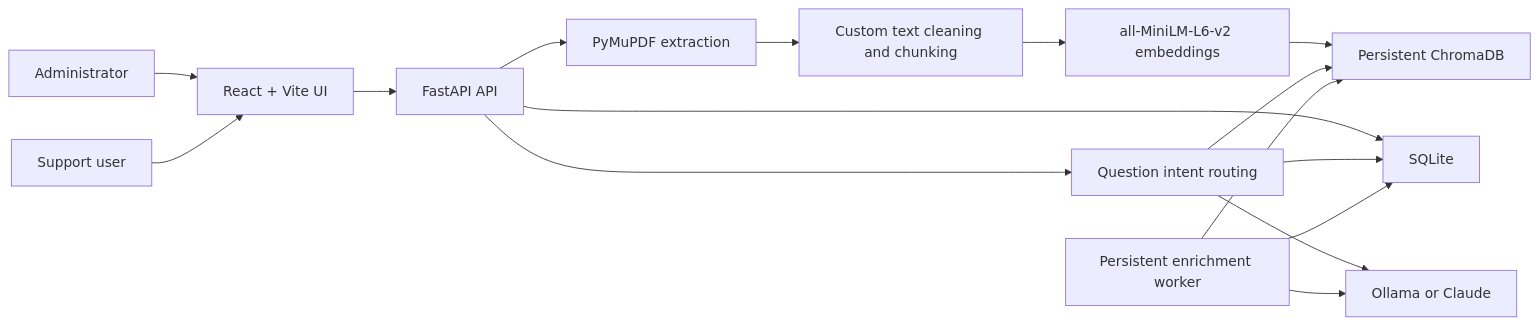
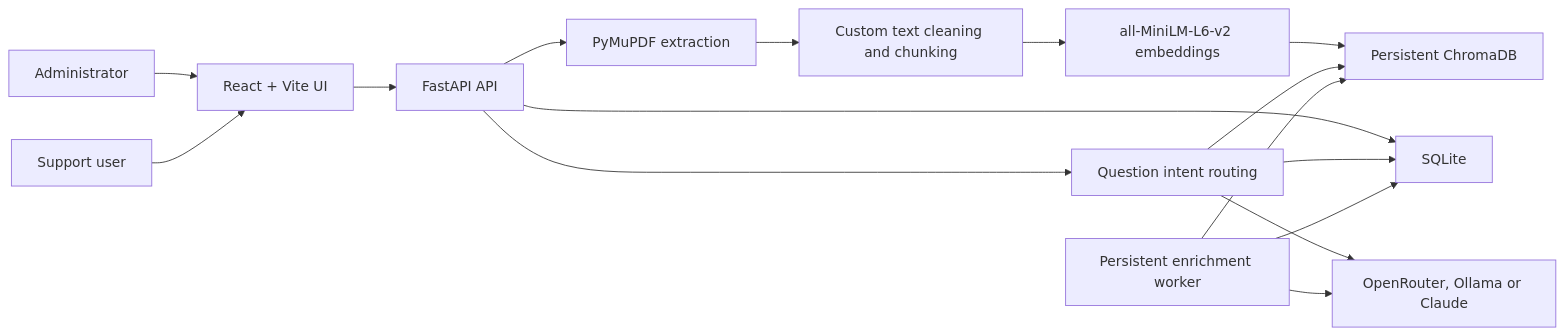
The first of 4 diagrams in README.md (abhi-occom/troubleshooter-guide), drawn with Mermaid before and after one commit. The commit also changed other lines of this file and 29 other files, not shown here.

````diff
--- a/README.md
+++ b/README.md
@@ -43,21 +47,21 @@
 ```mermaid
 flowchart LR
     Admin["Administrator"] --> React["React + Vite UI"]
     User["Support user"] --> React
     React --> API["FastAPI API"]
 
     API --> PDF["PyMuPDF extraction"]
     PDF --> Chunker["Custom text cleaning and chunking"]
     Chunker --> Embed["all-MiniLM-L6-v2 embeddings"]
     Embed --> Chroma["Persistent ChromaDB"]
 
     API --> SQLite["SQLite"]
     API --> Router["Question intent routing"]
     Router --> SQLite
     Router --> Chroma
-    Router --> LLM["Ollama or Claude"]
+    Router --> LLM["OpenRouter, Ollama or Claude"]
 
     Worker["Persistent enrichment worker"] --> SQLite
     Worker --> Chroma
     Worker --> LLM
 ```
````
